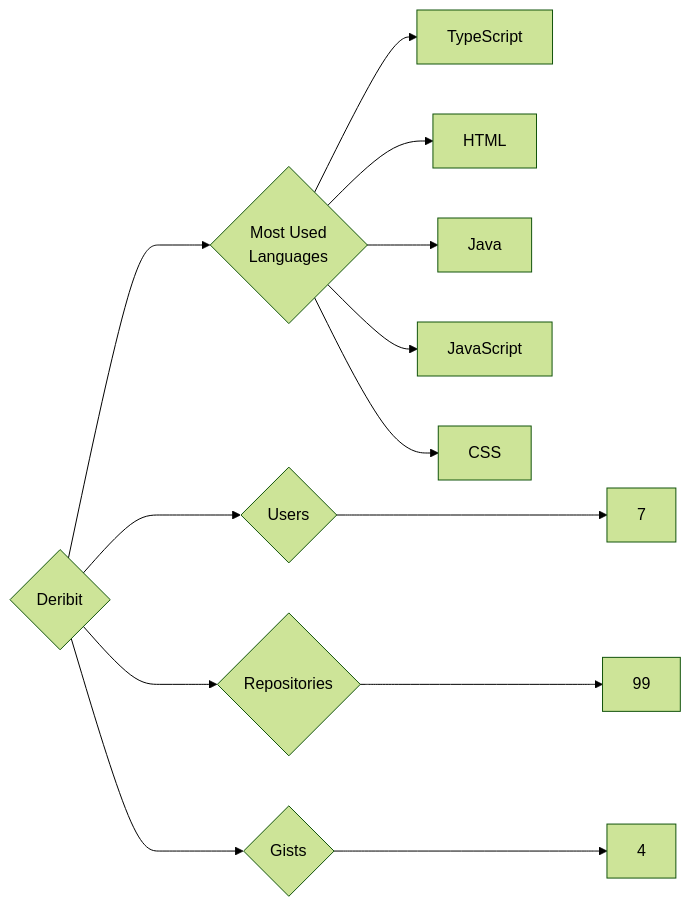
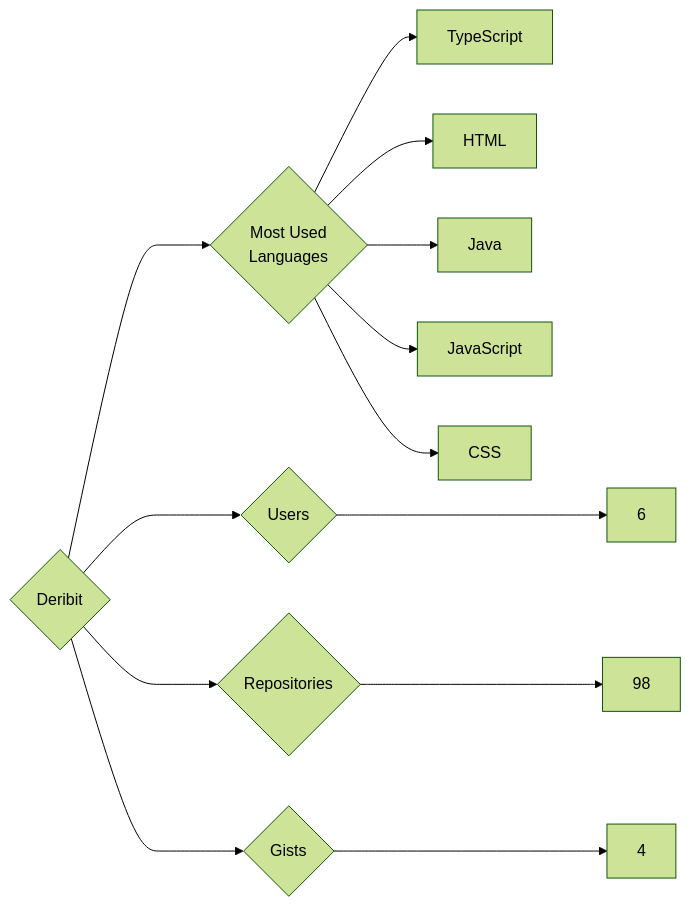
Before and after one commit to trickest/insiders: the diagram in targets/Deribit/README.md, drawn with Mermaid (forest theme). The commit also changed 1055 other files, not shown here.

````diff
--- a/targets/Deribit/README.md
+++ b/targets/Deribit/README.md
@@ -3,13 +3,13 @@
 ```mermaid
 graph LR
 COMPANY_NAME{Deribit}
-COMPANY_NAME ---> U{Users} ---> UN[7]
-COMPANY_NAME ---> R{Repositories} ---> RN[99]
+COMPANY_NAME ---> U{Users} ---> UN[6]
+COMPANY_NAME ---> R{Repositories} ---> RN[98]
 COMPANY_NAME ---> G{Gists} ---> GN[4]
 COMPANY_NAME ---> ML{Most Used<br>Languages}
 ML --> TypeScript[TypeScript]
 ML --> HTML[HTML]
 ML --> Java[Java]
 ML --> JavaScript[JavaScript]
 ML --> CSS[CSS]
 ```
````
